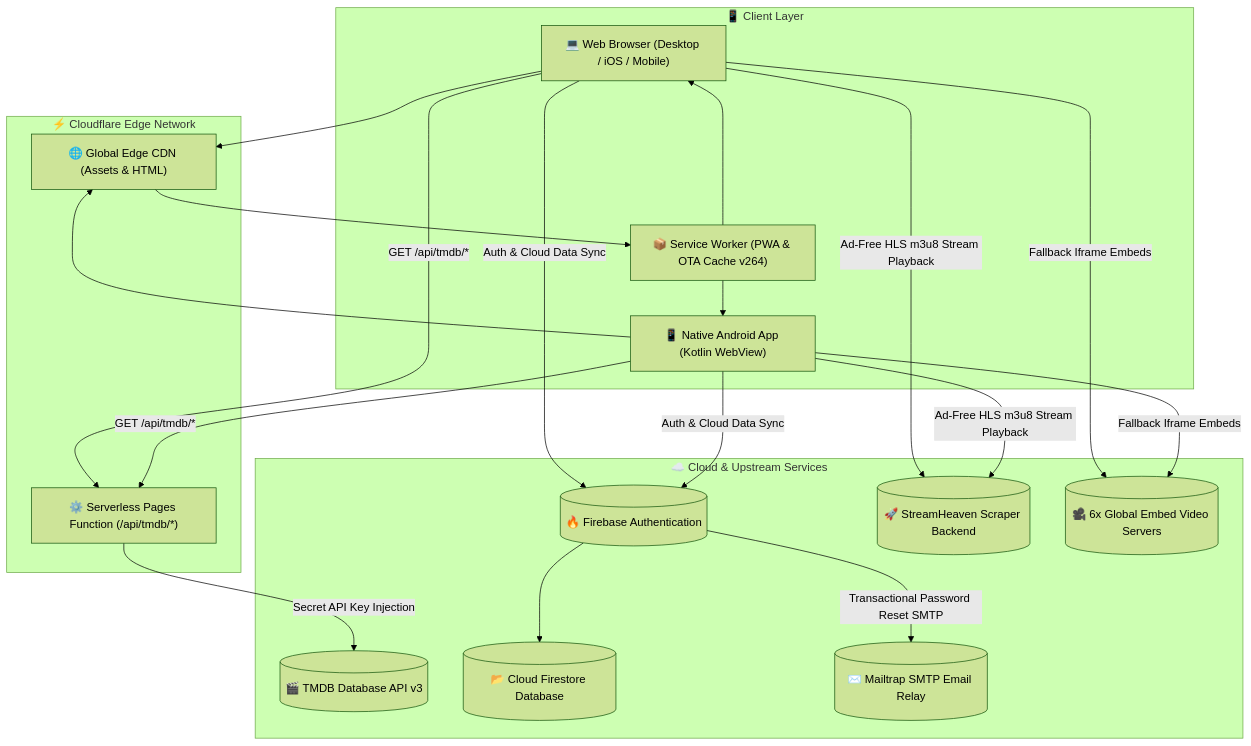
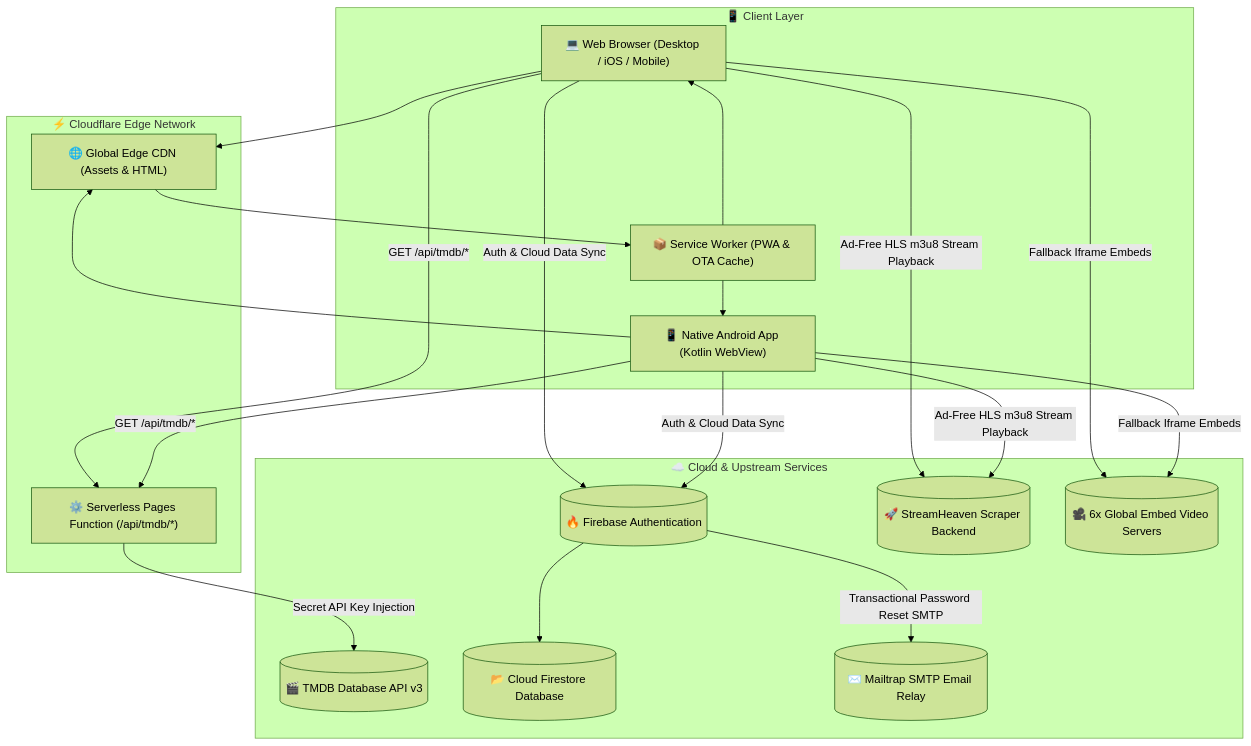
One commit to SamJU25/CineCub changed the diagram in README.md. Above: the diagram before and after it, drawn with Mermaid (forest theme). The commit also changed other lines of this file and 10 other files, not shown here.

````diff
--- a/README.md
+++ b/README.md
@@ -47,42 +47,42 @@
 ```mermaid
 graph TD
     subgraph Clients["📱 Client Layer"]
         WebApp["💻 Web Browser (Desktop / iOS / Mobile)"]
         NativeApp["📱 Native Android App (Kotlin WebView)"]
-        SW["📦 Service Worker (PWA & OTA Cache v264)"]
+        SW["📦 Service Worker (PWA & OTA Cache)"]
     end
 
     subgraph Edge["⚡ Cloudflare Edge Network"]
         CDN["🌐 Global Edge CDN (Assets & HTML)"]
         CFWorkers["⚙️ Serverless Pages Function (/api/tmdb/*)"]
     end
 
     subgraph UpstreamServices["☁️ Cloud & Upstream Services"]
         TMDB[("🎬 TMDB Database API v3")]
         FBAuth[("🔥 Firebase Authentication")]
         FBDoc[("📂 Cloud Firestore Database")]
         MTRelay[("✉️ Mailtrap SMTP Email Relay")]
         HLSStreams[("🚀 StreamHeaven Scraper Backend")]
         EmbedServers[("🎥 6x Global Embed Video Servers")]
     end
 
     WebApp --> CDN
     NativeApp --> CDN
     CDN --> SW
     SW --> WebApp
     SW --> NativeApp
 
     WebApp -->|"GET /api/tmdb/*"| CFWorkers
     NativeApp -->|"GET /api/tmdb/*"| CFWorkers
     CFWorkers -->|"Secret API Key Injection"| TMDB
 
     WebApp -->|"Auth & Cloud Data Sync"| FBAuth
     NativeApp -->|"Auth & Cloud Data Sync"| FBAuth
     FBAuth --> FBDoc
     FBAuth -->|"Transactional Password Reset SMTP"| MTRelay
 
     WebApp -->|"Ad-Free HLS m3u8 Stream Playback"| HLSStreams
     NativeApp -->|"Ad-Free HLS m3u8 Stream Playback"| HLSStreams
     WebApp -->|"Fallback Iframe Embeds"| EmbedServers
     NativeApp -->|"Fallback Iframe Embeds"| EmbedServers
 ```
````
